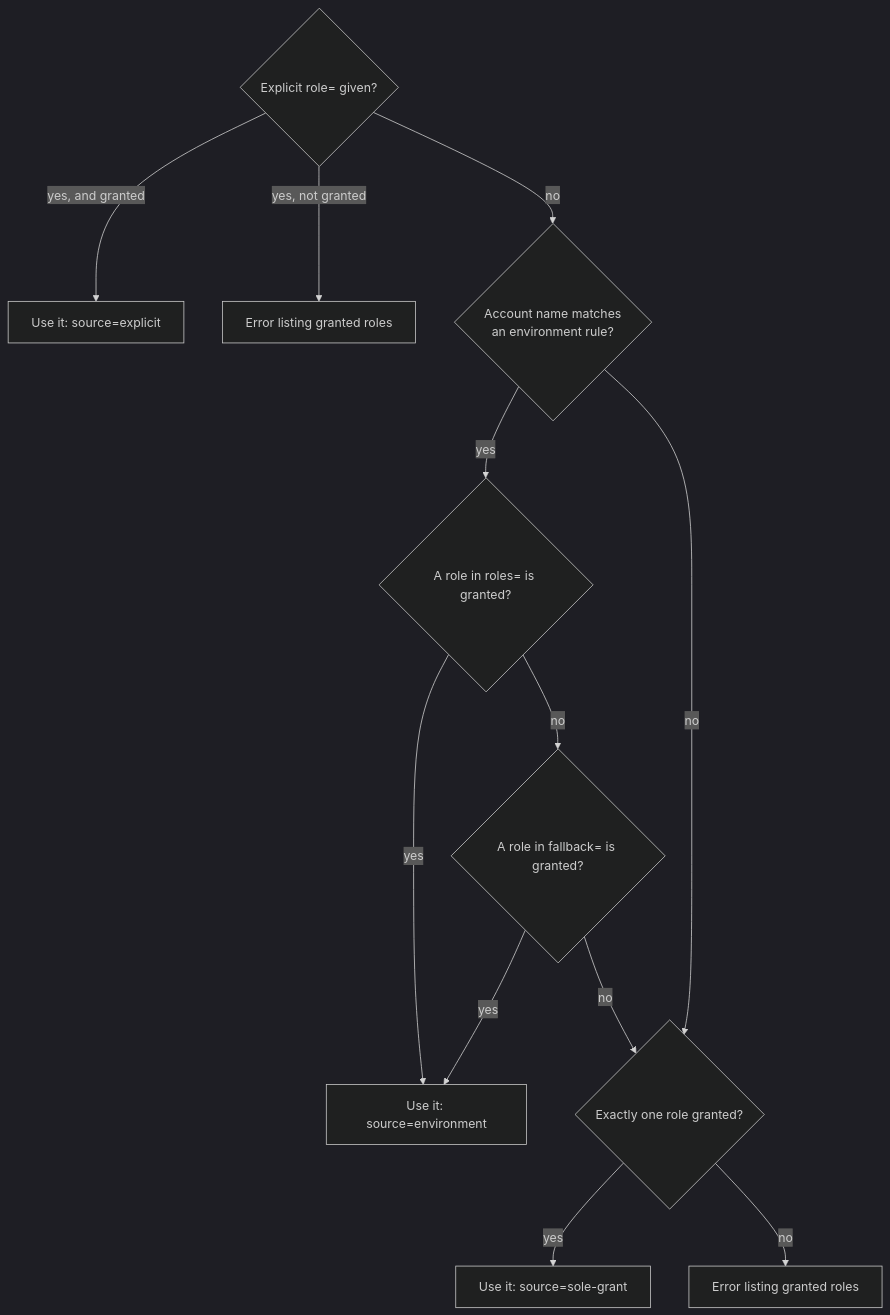
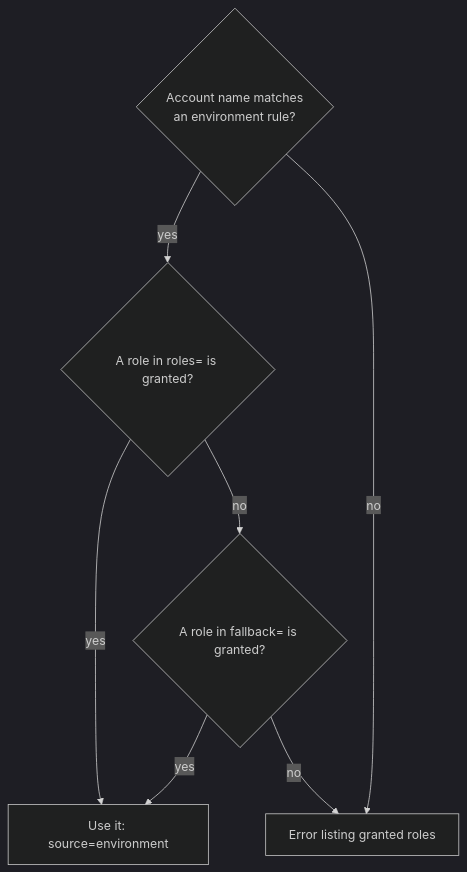
Before and after one commit to arnabdas24/aws-sso-mcp: the fourth of 4 diagrams in docs/how-it-works.md, drawn with Mermaid (dark theme). The commit also changed other lines of this file and 23 other files, not shown here.

First line of the commit message:
feat(roles)!: make the TOML rules the only role selector (#9)

````diff
--- a/docs/how-it-works.md
+++ b/docs/how-it-works.md
@@ -273,14 +274,9 @@
    ```mermaid
    flowchart TD
-       A{Explicit role= given?} -->|yes, and granted| R1[Use it: source=explicit]
-       A -->|yes, not granted| E1[Error listing granted roles]
-       A -->|no| B{Account name matches<br/>an environment rule?}
-       B -->|yes| C{A role in roles= is granted?}
+       B{Account name matches<br/>an environment rule?} -->|yes| C{A role in roles= is granted?}
        C -->|yes| R2[Use it: source=environment]
        C -->|no| D{A role in fallback= is granted?}
        D -->|yes| R2
-       D -->|no| F
-       B -->|no| F{Exactly one role granted?}
-       F -->|yes| R3[Use it: source=sole-grant]
-       F -->|no| E2[Error listing granted roles]
+       D -->|no| E[Error listing granted roles]
+       B -->|no| E
    ```
````
